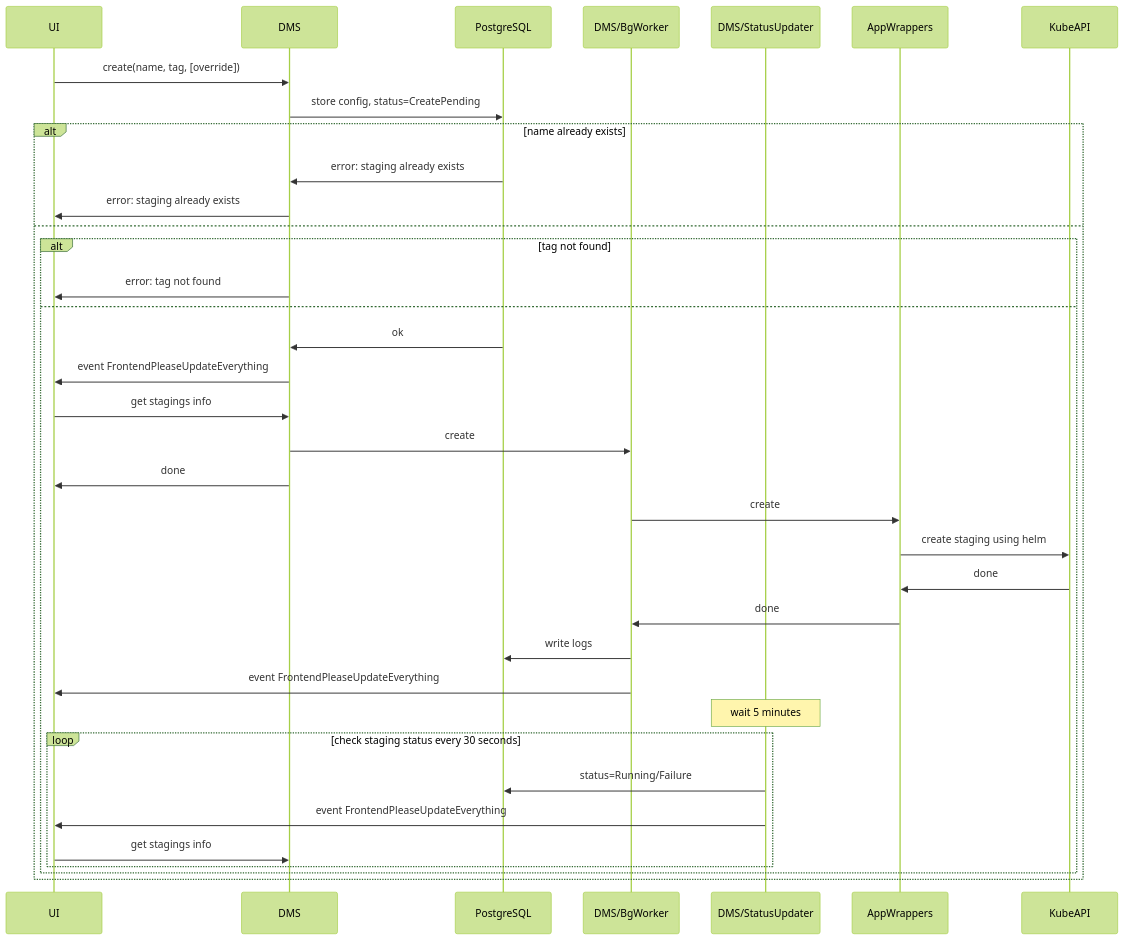
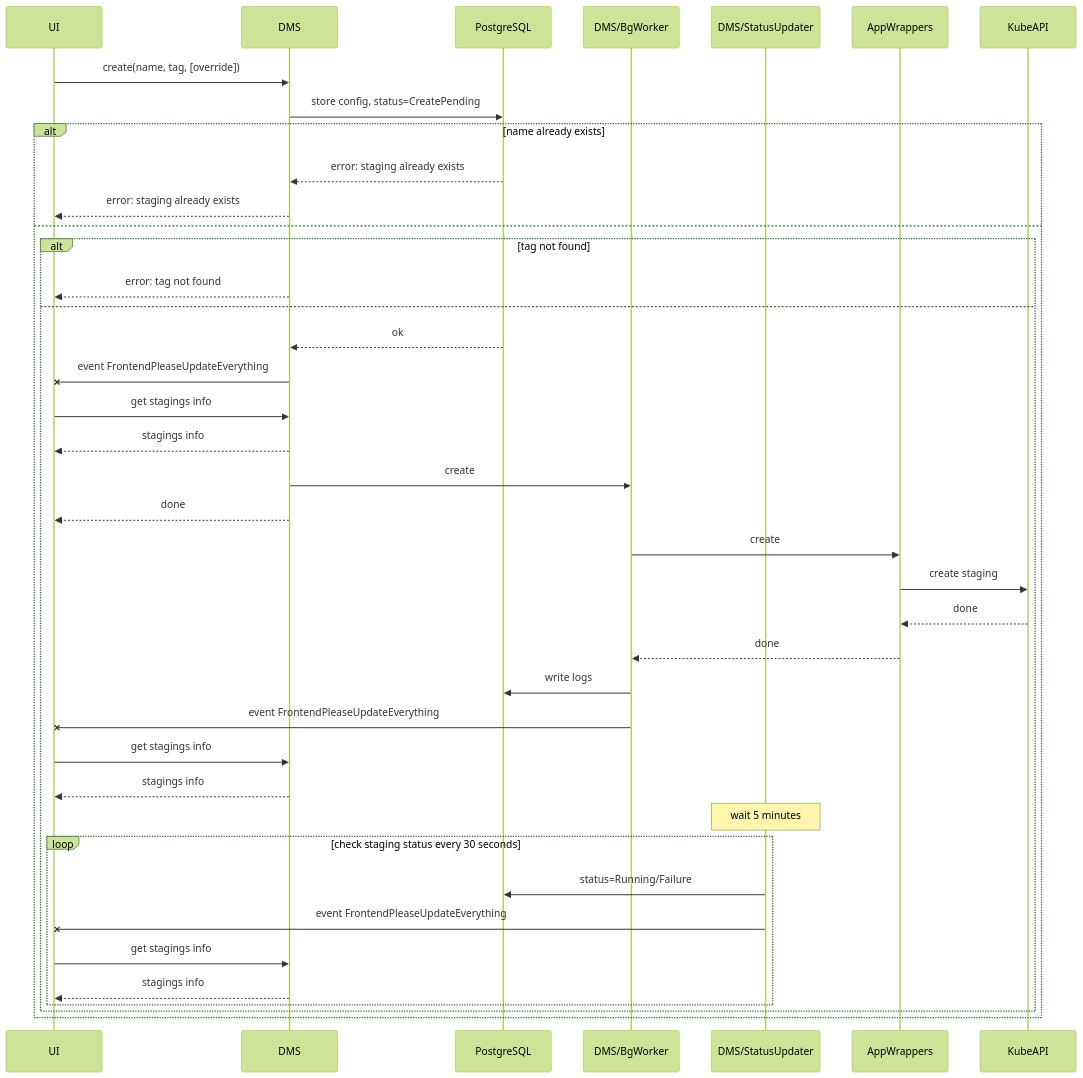
Before and after one commit to typeable/octopod: the diagram in docs/diagrams/src/technical-architecture-create-via-ui.mmd, drawn with Mermaid (forest theme). The commit also changed 23 other files, not shown here.

Commit message:
add 'Files of app wrappers' section, change arrows style of sequence diagrams

```diff
--- a/docs/diagrams/src/technical-architecture-create-via-ui.mmd
+++ b/docs/diagrams/src/technical-architecture-create-via-ui.mmd
@@ -1,36 +1,40 @@
 sequenceDiagram
     participant UI
     participant DMS
     participant PostgreSQL
     participant DMS/BgWorker
     participant DMS/StatusUpdater
     participant AppWrappers
     participant KubeAPI
     UI->>DMS: create(name, tag, [override])
     DMS->>PostgreSQL: store config, status=CreatePending
     alt name already exists
-        PostgreSQL->>DMS: error: staging already exists
-        DMS->>UI: error: staging already exists
+        PostgreSQL-->>DMS: error: staging already exists
+        DMS-->>UI: error: staging already exists
     else
         alt tag not found
-            DMS->>UI: error: tag not found
+            DMS-->>UI: error: tag not found
         else
-            PostgreSQL->>DMS: ok
-            DMS->>UI: event FrontendPleaseUpdateEverything
+            PostgreSQL-->>DMS: ok
+            DMS-xUI: event FrontendPleaseUpdateEverything
             UI->>DMS: get stagings info
+            DMS-->>UI: stagings info
             DMS->>DMS/BgWorker: create
-            DMS->>UI: done
+            DMS-->>UI: done
             DMS/BgWorker->>AppWrappers: create
-            AppWrappers->>KubeAPI: create staging using helm
-            KubeAPI->>AppWrappers: done
-            AppWrappers->>DMS/BgWorker: done
+            AppWrappers->>KubeAPI: create staging
+            KubeAPI-->>AppWrappers: done
+            AppWrappers-->>DMS/BgWorker: done
             DMS/BgWorker->>PostgreSQL: write logs
-            DMS/BgWorker->>UI: event FrontendPleaseUpdateEverything
+            DMS/BgWorker-xUI: event FrontendPleaseUpdateEverything
+            UI->>DMS: get stagings info
+            DMS-->>UI: stagings info
             Note over DMS/StatusUpdater: wait 5 minutes
             loop check staging status every 30 seconds
                 DMS/StatusUpdater->>PostgreSQL: status=Running/Failure
-                DMS/StatusUpdater->>UI: event FrontendPleaseUpdateEverything
+                DMS/StatusUpdater-xUI: event FrontendPleaseUpdateEverything
                 UI->>DMS: get stagings info
+                DMS-->>UI: stagings info
             end
         end
     end
```
